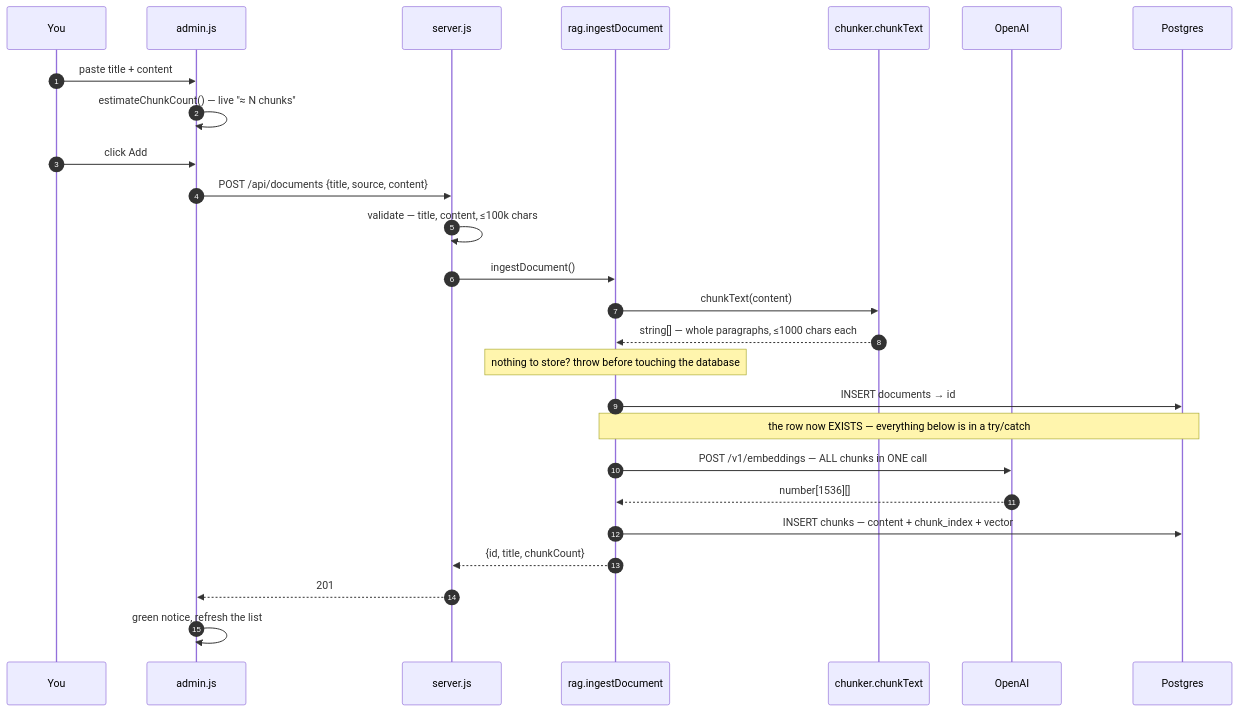
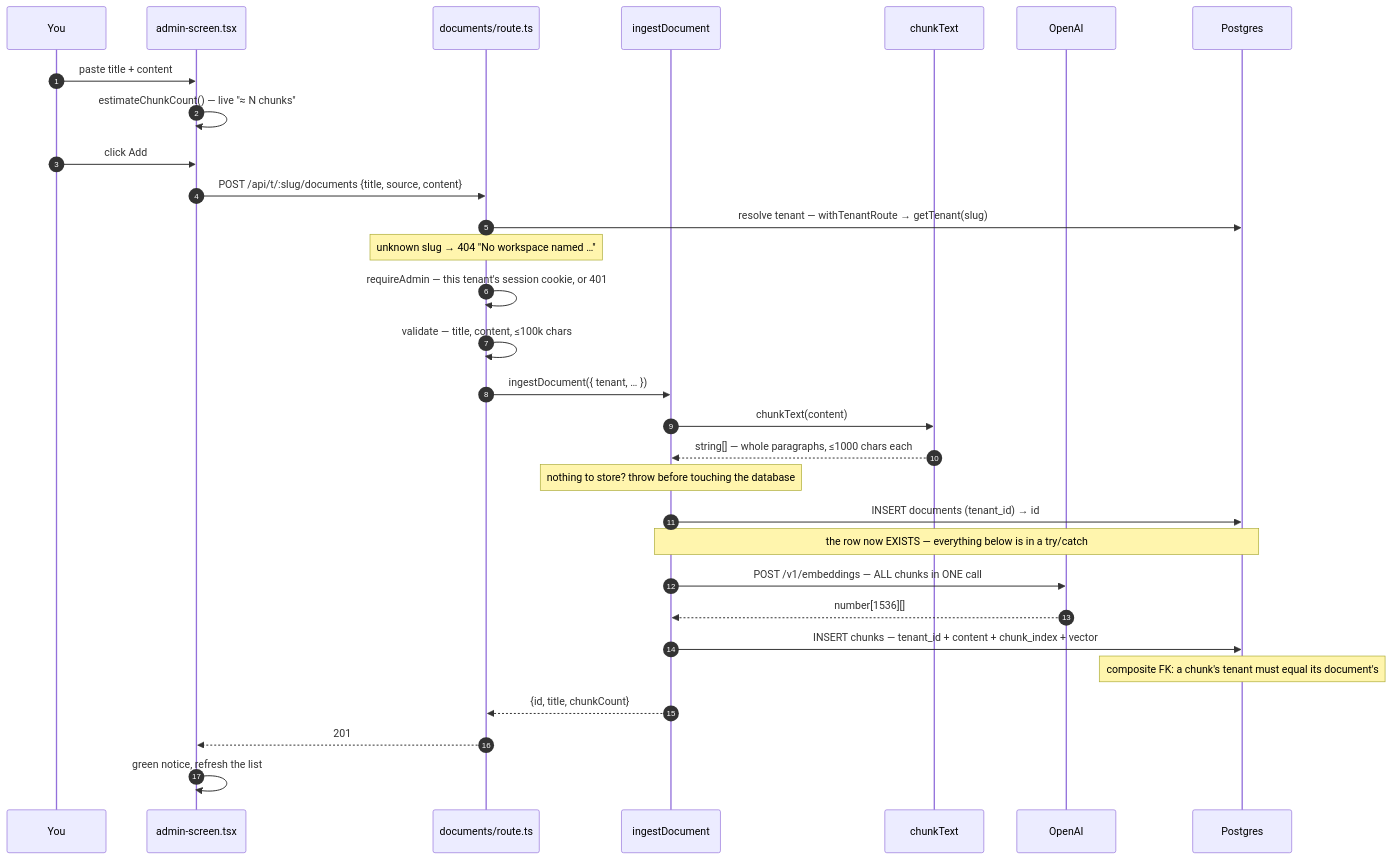
The second of 4 diagrams in flow.md (jenerdev/rag-chatbot-poc), drawn with Mermaid before and after one commit. The commit also changed other lines of this file and 8 other files, not shown here.

````diff
--- a/flow.md
+++ b/flow.md
@@ -71,29 +80,33 @@
 ```mermaid
 sequenceDiagram
     autonumber
     participant U as You
-    participant A as admin.js
-    participant E as server.js
-    participant R as rag.ingestDocument
-    participant C as chunker.chunkText
+    participant A as admin-screen.tsx
+    participant E as documents/route.ts
+    participant R as ingestDocument
+    participant C as chunkText
     participant O as OpenAI
     participant P as Postgres
 
     U->>A: paste title + content
     A->>A: estimateChunkCount() — live "≈ N chunks"
     U->>A: click Add
-    A->>E: POST /api/documents {title, source, content}
+    A->>E: POST /api/t/:slug/documents {title, source, content}
+    E->>P: resolve tenant — withTenantRoute → getTenant(slug)
+    Note over E: unknown slug → 404 "No workspace named …"
+    E->>E: requireAdmin — this tenant's session cookie, or 401
     E->>E: validate — title, content, ≤100k chars
-    E->>R: ingestDocument()
+    E->>R: ingestDocument({ tenant, … })
     R->>C: chunkText(content)
     C-->>R: string[] — whole paragraphs, ≤1000 chars each
     Note over R: nothing to store? throw before touching the database
-    R->>P: INSERT documents → id
+    R->>P: INSERT documents (tenant_id) → id
     Note over R,P: the row now EXISTS — everything below is in a try/catch
     R->>O: POST /v1/embeddings — ALL chunks in ONE call
     O-->>R: number[1536][]
-    R->>P: INSERT chunks — content + chunk_index + vector
+    R->>P: INSERT chunks — tenant_id + content + chunk_index + vector
+    Note over P: composite FK: a chunk's tenant must equal its document's
     R-->>E: {id, title, chunkCount}
     E-->>A: 201
     A->>A: green notice, refresh the list
 ```
````
